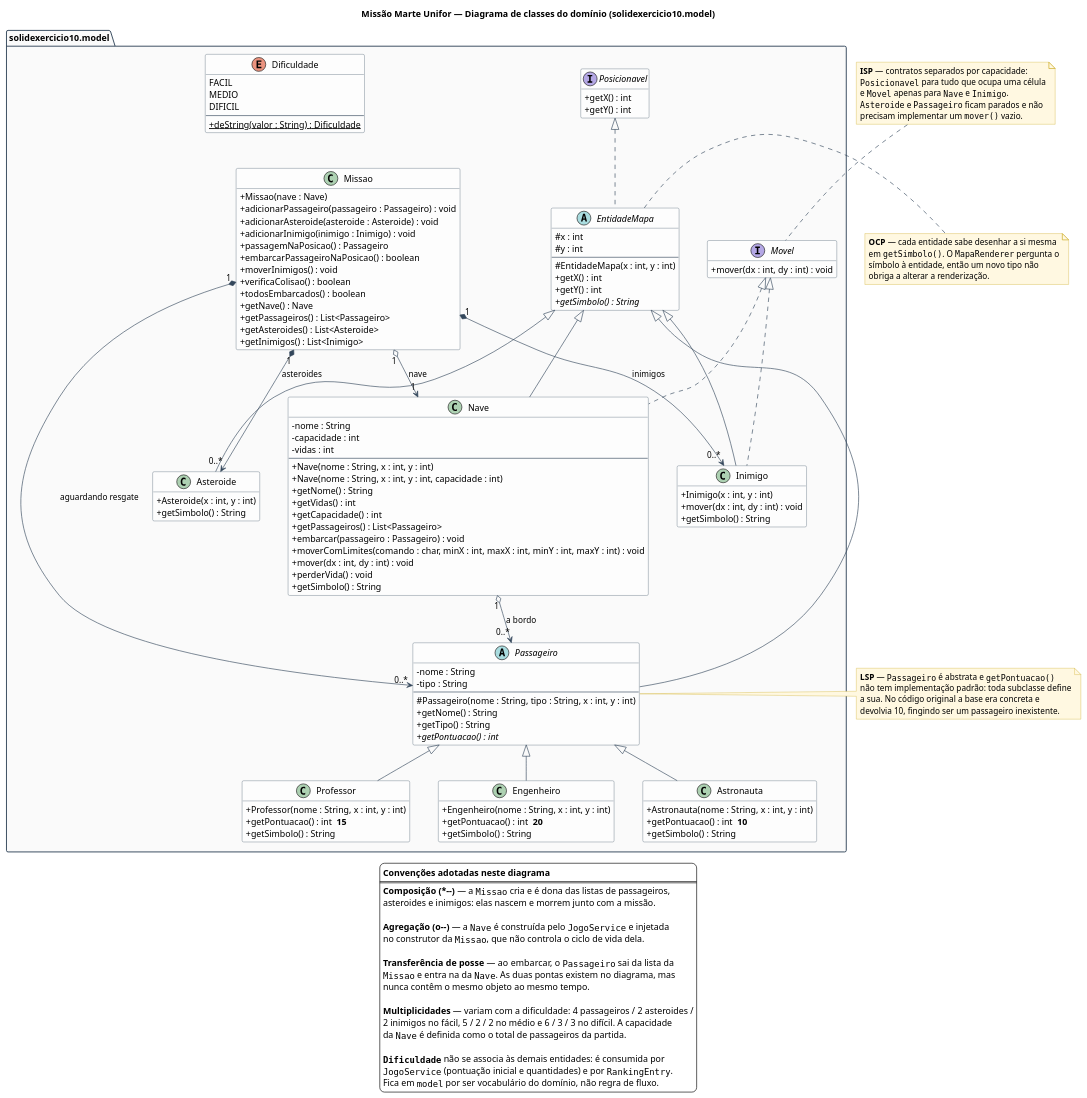
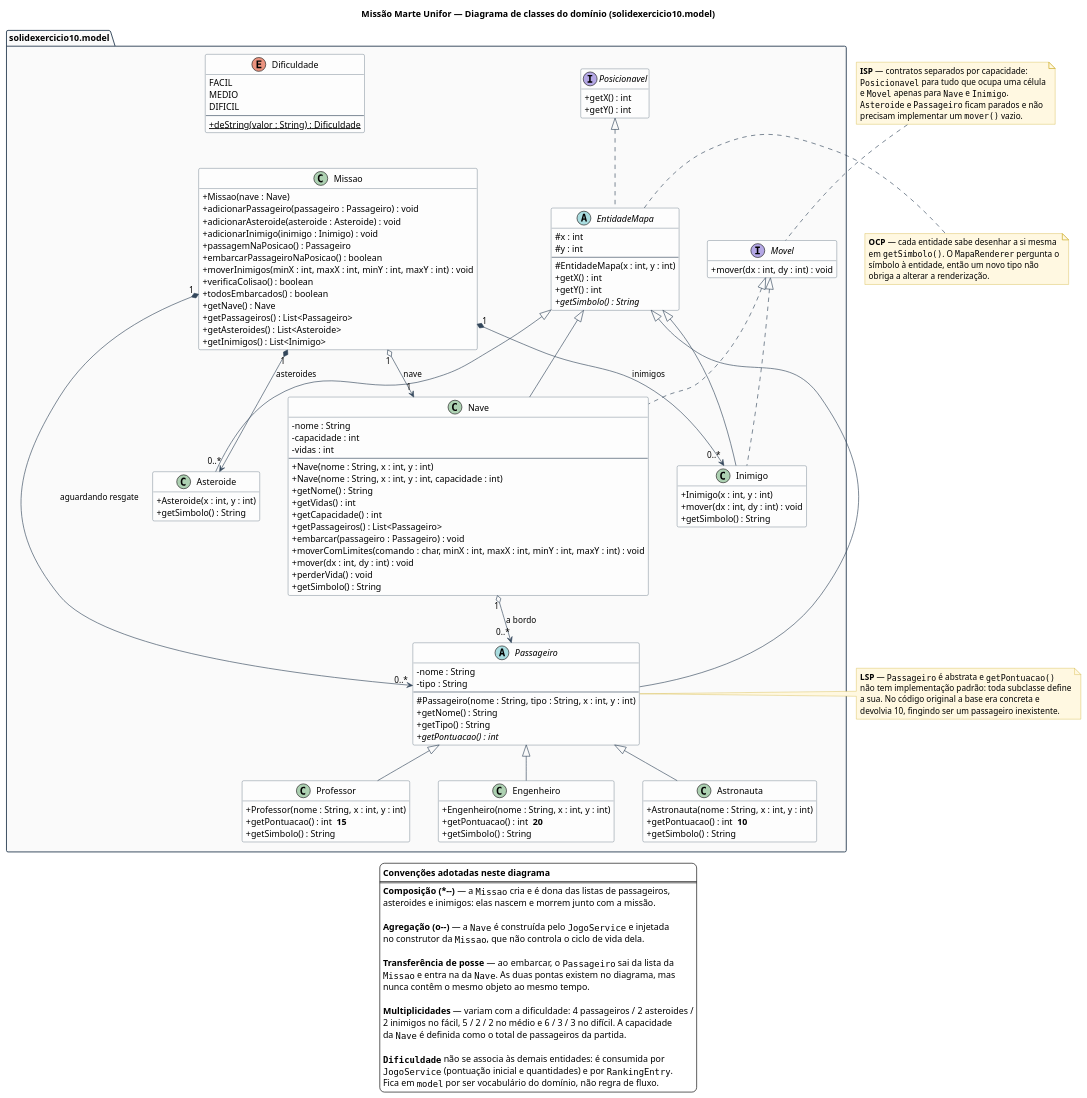
The diagram in docs/uml/diagrama-classes-model.puml (SamuelBarbosa11/Missao-Marte-Solid-Grupo7), drawn with PlantUML before and after one commit. The commit also changed 2 other files, not shown here.

Commit message:
Registra a correcao dos inimigos na revisao critica e atualiza o UML
Documenta o teste de limites, a discordancia com o moverInimigos do
tutorial e sincroniza a assinatura no diagrama de classes.

```diff
--- a/docs/uml/diagrama-classes-model.puml
+++ b/docs/uml/diagrama-classes-model.puml
@@ -65,7 +65,7 @@
     +adicionarInimigo(inimigo : Inimigo) : void
     +passagemNaPosicao() : Passageiro
     +embarcarPassageiroNaPosicao() : boolean
-    +moverInimigos() : void
+    +moverInimigos(minX : int, maxX : int, minY : int, maxY : int) : void
     +verificaColisao() : boolean
     +todosEmbarcados() : boolean
     +getNave() : Nave
```
